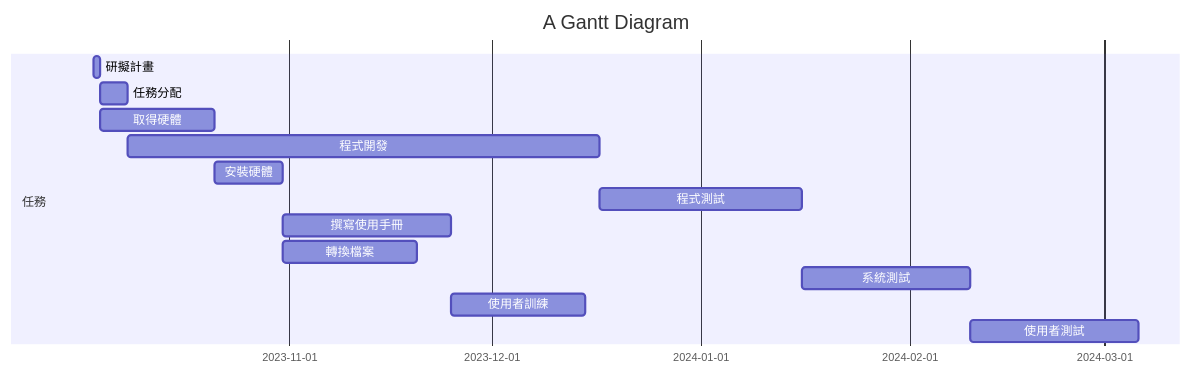
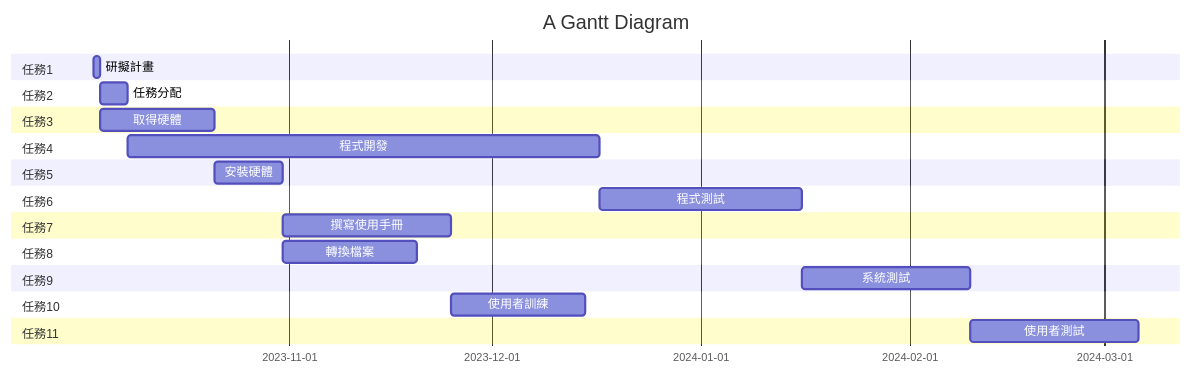
One commit to ian212145/C110118240 changed the diagram in hw2.md. Above: the diagram before and after it, drawn with Mermaid.

````diff
--- a/hw2.md
+++ b/hw2.md
@@ -4,17 +4,27 @@
 ```mermaid
 gantt
     title A Gantt Diagram
 
-    section 任務
+    section 任務1
     研擬計畫     :a1, 2023-10-03, 1d
+    section 任務2
     任務分配     :a2, after a1  , 4d
+    section 任務3
     取得硬體     :a3, after a1  , 17d
+    section 任務4
     程式開發     :a4, after a2  , 70d
+    section 任務5
     安裝硬體     :a5, after a3  , 10d
+    section 任務6
     程式測試     :a6, after a4  , 30d
+    section 任務7
     撰寫使用手冊     :a7, after a5  , 25d
+    section 任務8
     轉換檔案     :a8, after a5  , 20d
+    section 任務9
     系統測試     :a9, after a6  , 25d
+    section 任務10
     使用者訓練     :after a7&a8  , 20d
+    section 任務11
     使用者測試     :after a9&a10  , 25d
 ```
````
